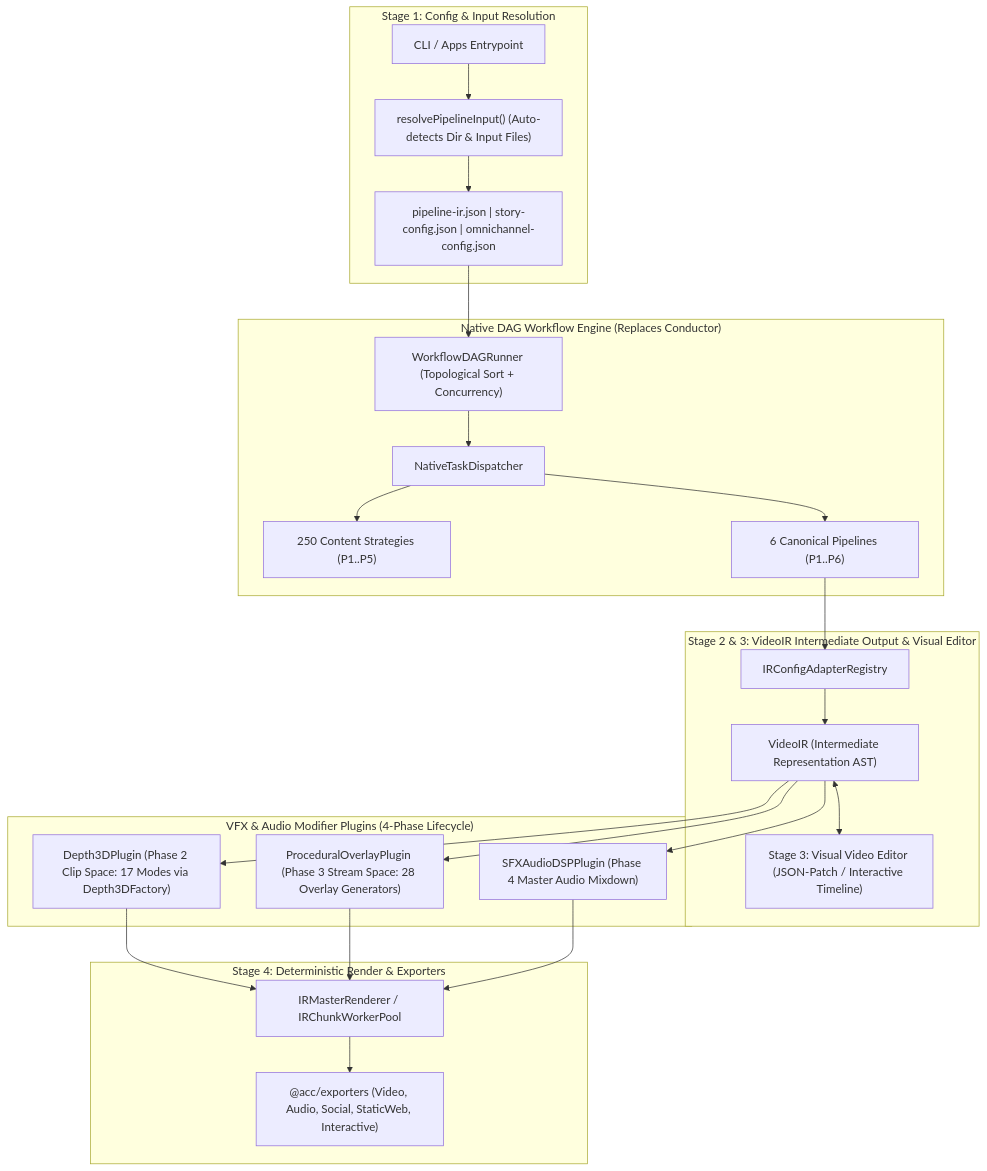
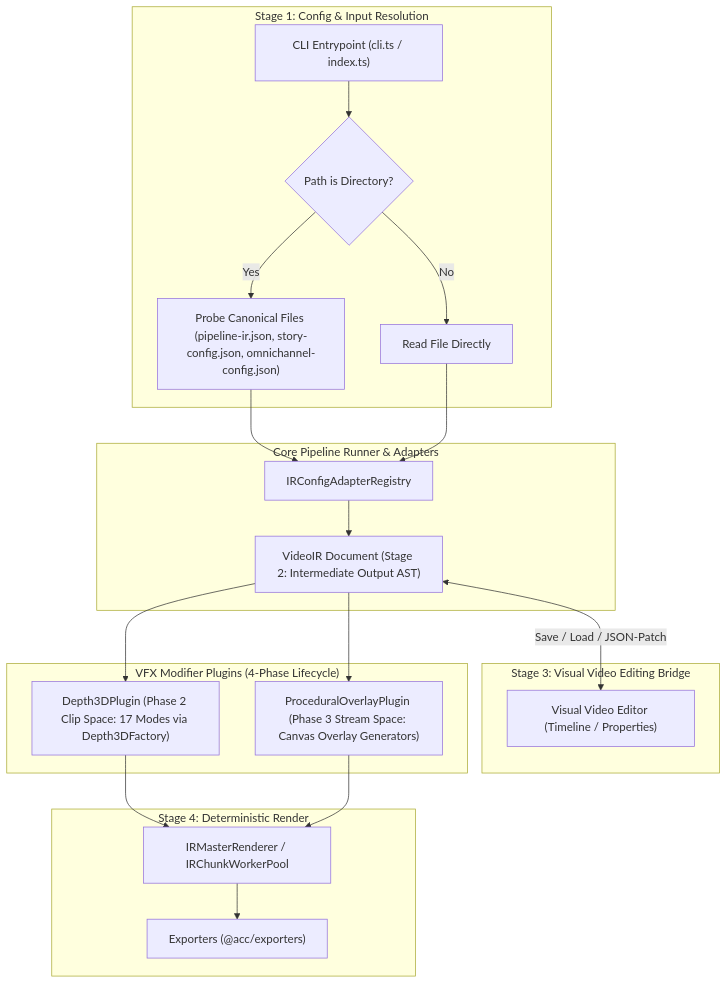
The diagram in docs/master_integration_plan_iteration_1.md (tamanle23/acc), drawn with Mermaid before and after one commit. The commit also changed other lines of this file and 16 other files, not shown here.

````diff
--- a/docs/master_integration_plan_iteration_1.md
+++ b/docs/master_integration_plan_iteration_1.md
@@ -28,33 +31,29 @@
 ```mermaid
 flowchart TD
     subgraph Stage1 ["Stage 1: Config & Input Resolution"]
-        CLI["CLI / Apps Entrypoint"] --> ResolveDir["resolvePipelineInput() (Auto-detects Dir & Input Files)"]
-        ResolveDir --> ConfigFiles["pipeline-ir.json | story-config.json | omnichannel-config.json"]
+        CLI["CLI Entrypoint (cli.ts / index.ts)"] --> CheckPath{"Path is Directory?"}
+        CheckPath -- Yes --> ResolveCanonical["Probe Canonical Files (pipeline-ir.json, story-config.json, omnichannel-config.json)"]
+        CheckPath -- No --> ReadDirect["Read File Directly"]
     end
 
-    subgraph Native_Workflow ["Native DAG Workflow Engine (Replaces Conductor)"]
-        ConfigFiles --> WorkflowDAG["WorkflowDAGRunner (Topological Sort + Concurrency)"]
-        WorkflowDAG --> TaskQueue["NativeTaskDispatcher"]
-        TaskQueue --> S1["250 Content Strategies (P1..P5)"]
-        TaskQueue --> S2["6 Canonical Pipelines (P1..P6)"]
+    subgraph Pipeline_Execution ["Core Pipeline Runner & Adapters"]
+        ResolveCanonical --> Adapter["IRConfigAdapterRegistry"]
+        ReadDirect --> Adapter
+        Adapter --> VideoIR["VideoIR Document (Stage 2: Intermediate Output AST)"]
     end
 
-    subgraph Stage2_and_3 ["Stage 2 & 3: VideoIR Intermediate Output & Visual Editor"]
-        S2 --> IRAdapters["IRConfigAdapterRegistry"]
-        IRAdapters --> VideoIRAST["VideoIR (Intermediate Representation AST)"]
-        VideoIRAST <--> VisualEditor["Stage 3: Visual Video Editor (JSON-Patch / Interactive Timeline)"]
+    subgraph Visual_Editing_Bridge ["Stage 3: Visual Video Editing Bridge"]
+        VideoIR <-->|Save / Load / JSON-Patch| VisualEditor["Visual Video Editor (Timeline / Properties)"]
     end
 
-    subgraph Modifier_Plugins ["VFX & Audio Modifier Plugins (4-Phase Lifecycle)"]
-        VideoIRAST --> D3DPlugin["Depth3DPlugin (Phase 2 Clip Space: 17 Modes via Depth3DFactory)"]
-        VideoIRAST --> OverlayPlugin["ProceduralOverlayPlugin (Phase 3 Stream Space: 28 Overlay Generators)"]
-        VideoIRAST --> AudioPlugin["SFXAudioDSPPlugin (Phase 4 Master Audio Mixdown)"]
+    subgraph Modifier_Plugin_Execution ["VFX Modifier Plugins (4-Phase Lifecycle)"]
+        VideoIR --> D3DPlugin["Depth3DPlugin (Phase 2 Clip Space: 17 Modes via Depth3DFactory)"]
+        VideoIR --> OverlayPlugin["ProceduralOverlayPlugin (Phase 3 Stream Space: Canvas Overlay Generators)"]
     end
 
-    subgraph Stage4 ["Stage 4: Deterministic Render & Exporters"]
+    subgraph Deterministic_Rendering ["Stage 4: Deterministic Render"]
         D3DPlugin --> IRMaster["IRMasterRenderer / IRChunkWorkerPool"]
         OverlayPlugin --> IRMaster
-        AudioPlugin --> IRMaster
-        IRMaster --> Exporters["@acc/exporters (Video, Audio, Social, StaticWeb, Interactive)"]
+        IRMaster --> Exporters["Exporters (@acc/exporters)"]
     end
 ```
````
